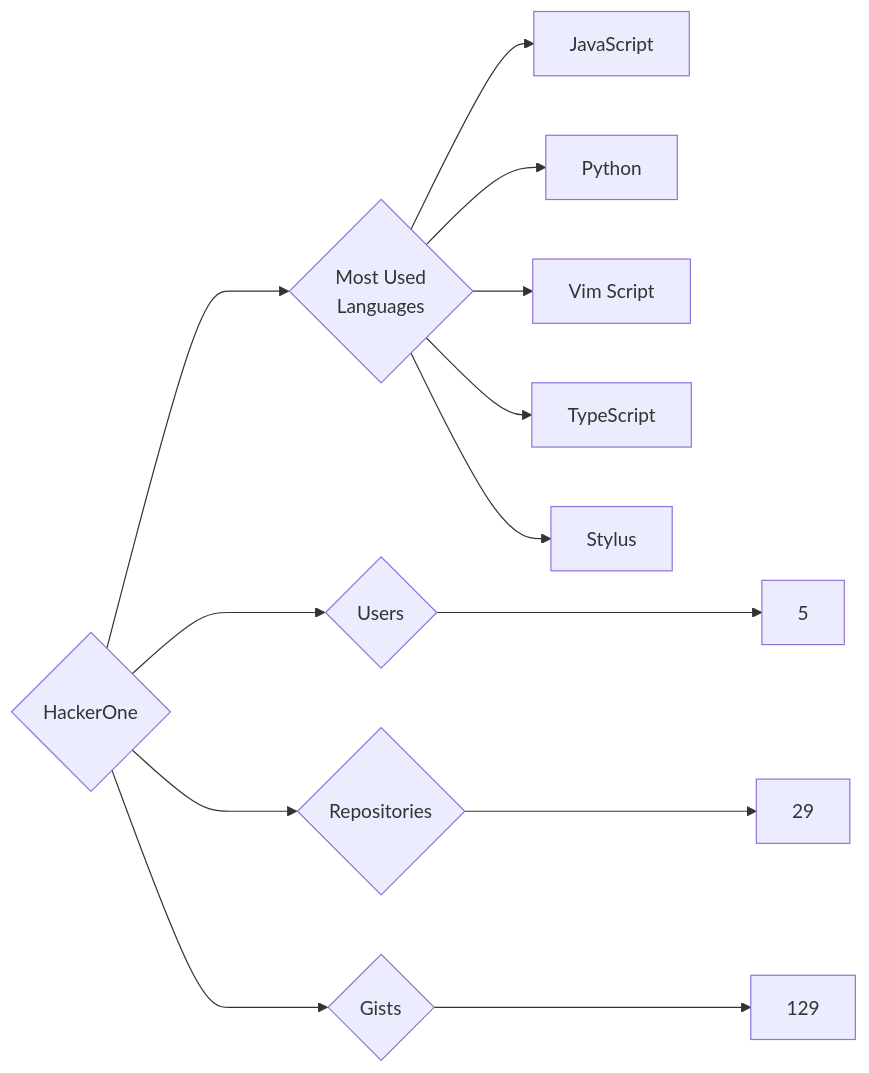
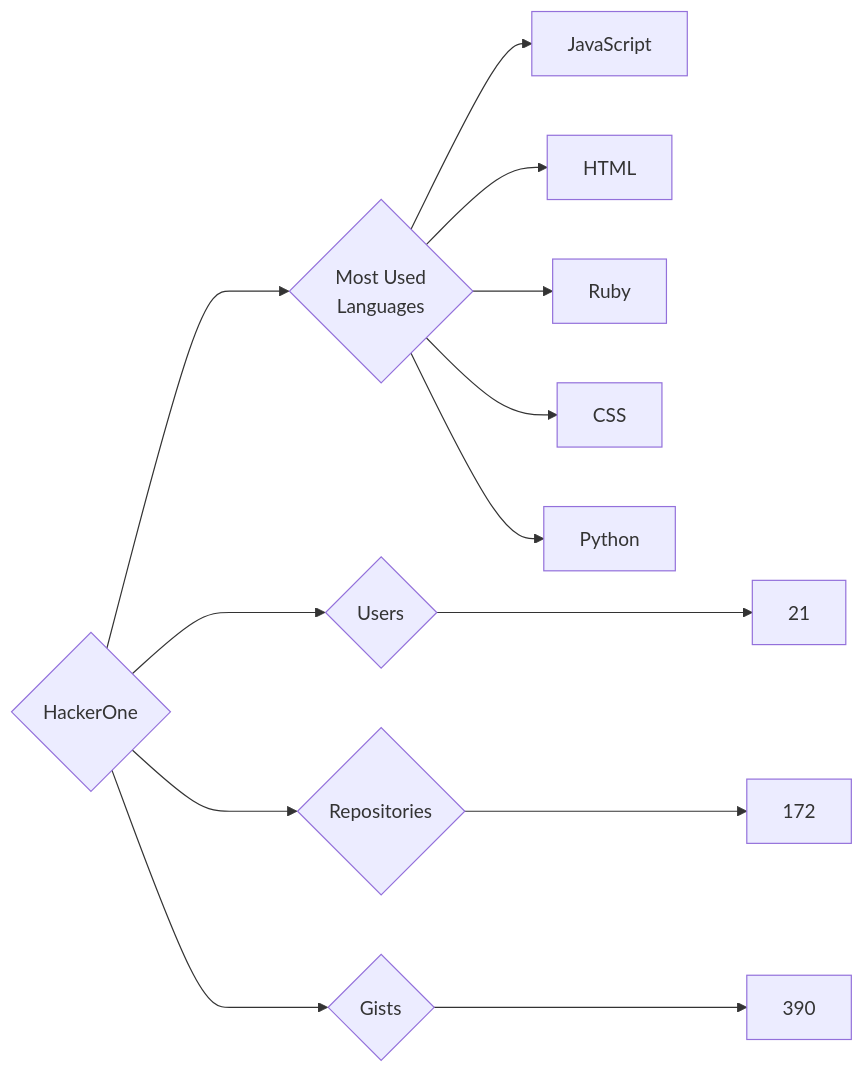
The diagram in targets/HackerOne/README.md (trickest/insiders), drawn with Mermaid before and after one commit. The commit also changed 636 other files, not shown here.

````diff
--- a/targets/HackerOne/README.md
+++ b/targets/HackerOne/README.md
@@ -3,13 +3,13 @@
 ```mermaid
 graph LR
 COMPANY_NAME{HackerOne}
-COMPANY_NAME ---> U{Users} ---> UN[5]
-COMPANY_NAME ---> R{Repositories} ---> RN[29]
-COMPANY_NAME ---> G{Gists} ---> GN[129]
+COMPANY_NAME ---> U{Users} ---> UN[21]
+COMPANY_NAME ---> R{Repositories} ---> RN[172]
+COMPANY_NAME ---> G{Gists} ---> GN[390]
 COMPANY_NAME ---> ML{Most Used<br>Languages}
 ML --> JavaScript[JavaScript]
+ML --> HTML[HTML]
+ML --> Ruby[Ruby]
+ML --> CSS[CSS]
 ML --> Python[Python]
-ML --> Vim_Script[Vim Script]
-ML --> TypeScript[TypeScript]
-ML --> Stylus[Stylus]
 ```
````
